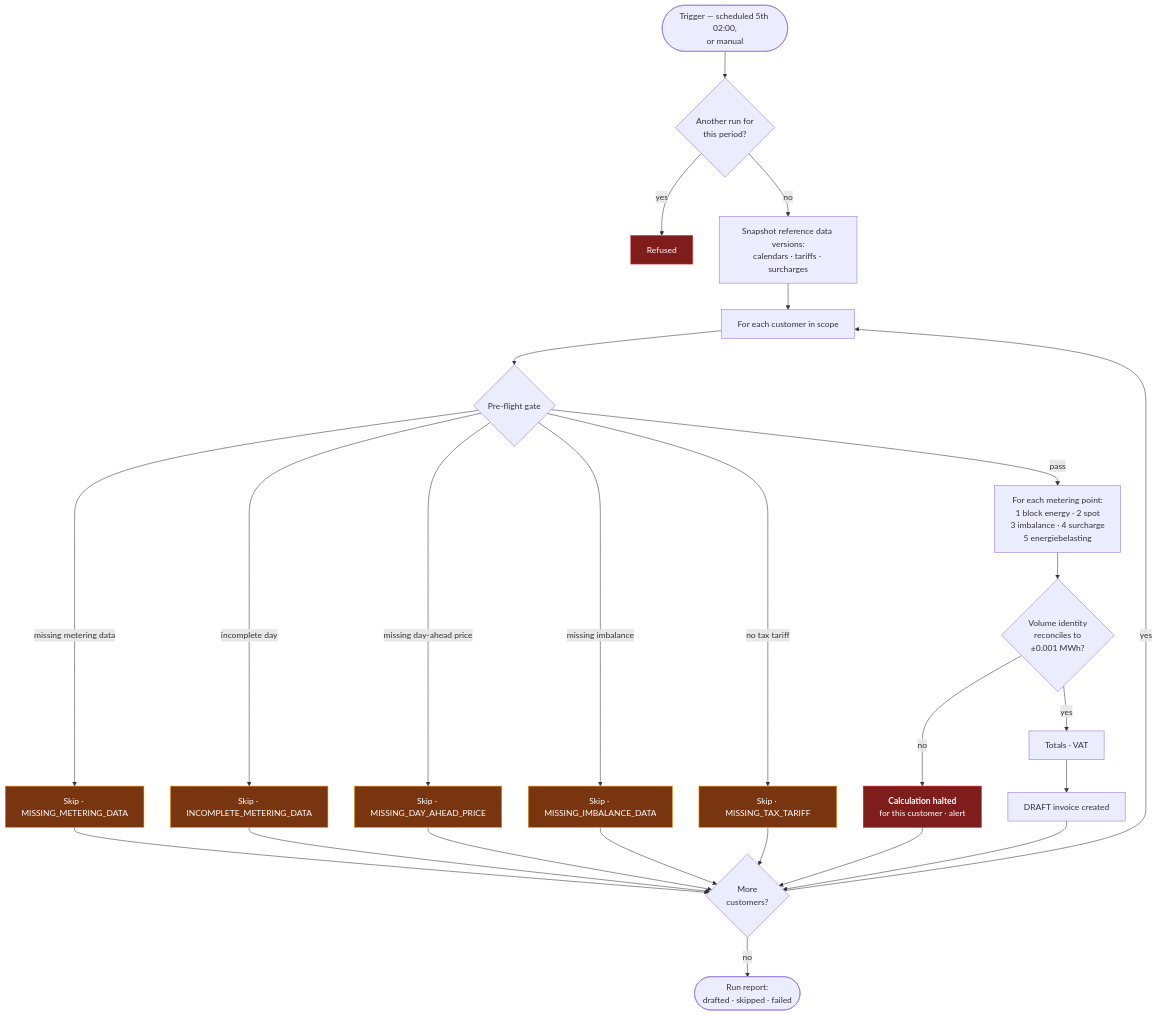
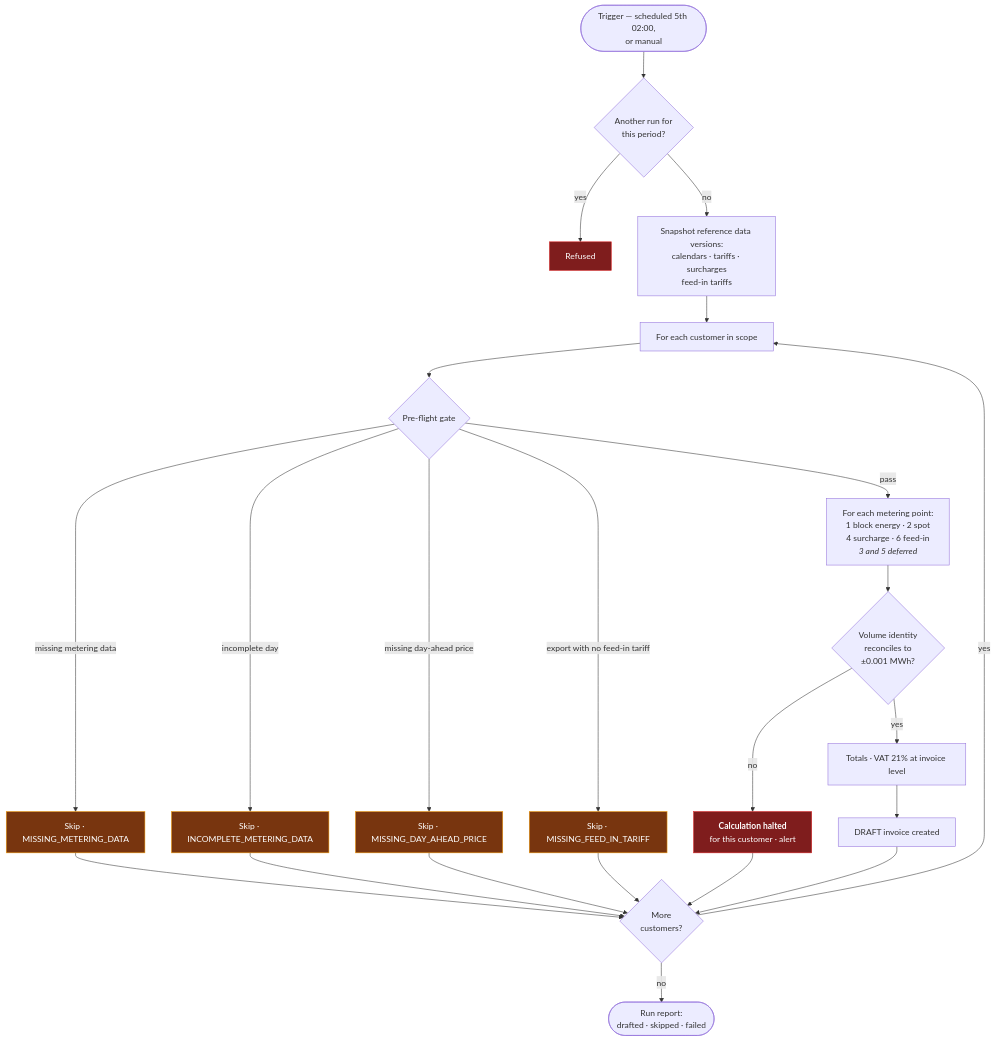
The second of 4 diagrams in specs/40-processes/04-monthly-invoicing.md (lukastosic-ifd/peakpowerspecs), drawn with Mermaid before and after one commit. The commit also changed other lines of this file and 43 other files, not shown here.

````diff
--- a/specs/40-processes/04-monthly-invoicing.md
+++ b/specs/40-processes/04-monthly-invoicing.md
@@ -35,36 +37,34 @@
 ```mermaid
 flowchart TB
     T(["Trigger — scheduled 5th 02:00,<br/>or manual"]) --> LOCK{"Another run for<br/>this period?"}
     LOCK -->|yes| REFUSE["Refused"]
-    LOCK -->|no| SNAP["Snapshot reference data versions:<br/>calendars · tariffs · surcharges"]
+    LOCK -->|no| SNAP["Snapshot reference data versions:<br/>calendars · tariffs · surcharges<br/>feed-in tariffs"]
     SNAP --> LOOP["For each customer in scope"]
 
     LOOP --> GATE{"Pre-flight gate"}
     GATE -->|"missing metering data"| SKIP1["Skip · MISSING_METERING_DATA"]
     GATE -->|"incomplete day"| SKIP2["Skip · INCOMPLETE_METERING_DATA"]
     GATE -->|"missing day-ahead price"| SKIP3["Skip · MISSING_DAY_AHEAD_PRICE"]
-    GATE -->|"missing imbalance"| SKIP4["Skip · MISSING_IMBALANCE_DATA"]
-    GATE -->|"no tax tariff"| SKIP5["Skip · MISSING_TAX_TARIFF"]
+    GATE -->|"export with no feed-in tariff"| SKIP4["Skip · MISSING_FEED_IN_TARIFF"]
     GATE -->|pass| CALC
 
-    CALC["For each metering point:<br/>1 block energy · 2 spot<br/>3 imbalance · 4 surcharge<br/>5 energiebelasting"]
+    CALC["For each metering point:<br/>1 block energy · 2 spot<br/>4 surcharge · 6 feed-in<br/><i>3 and 5 deferred</i>"]
     CALC --> IDENT{"Volume identity<br/>reconciles to<br/>±0.001 MWh?"}
     IDENT -->|no| ERR["<b>Calculation halted</b><br/>for this customer · alert"]
-    IDENT -->|yes| TOT["Totals · VAT"]
+    IDENT -->|yes| TOT["Totals · VAT 21% at invoice level"]
     TOT --> DRAFT["DRAFT invoice created"]
 
     DRAFT --> NEXT{"More<br/>customers?"}
     SKIP1 --> NEXT
     SKIP2 --> NEXT
     SKIP3 --> NEXT
     SKIP4 --> NEXT
-    SKIP5 --> NEXT
     ERR --> NEXT
     NEXT -->|yes| LOOP
     NEXT -->|no| REPORT(["Run report:<br/>drafted · skipped · failed"])
 
     classDef bad fill:#7f1d1d,stroke:#dc2626,color:#fff
     classDef warn fill:#78350f,stroke:#f59e0b,color:#fff
     class ERR,REFUSE bad
-    class SKIP1,SKIP2,SKIP3,SKIP4,SKIP5 warn
+    class SKIP1,SKIP2,SKIP3,SKIP4 warn
 ```
````
